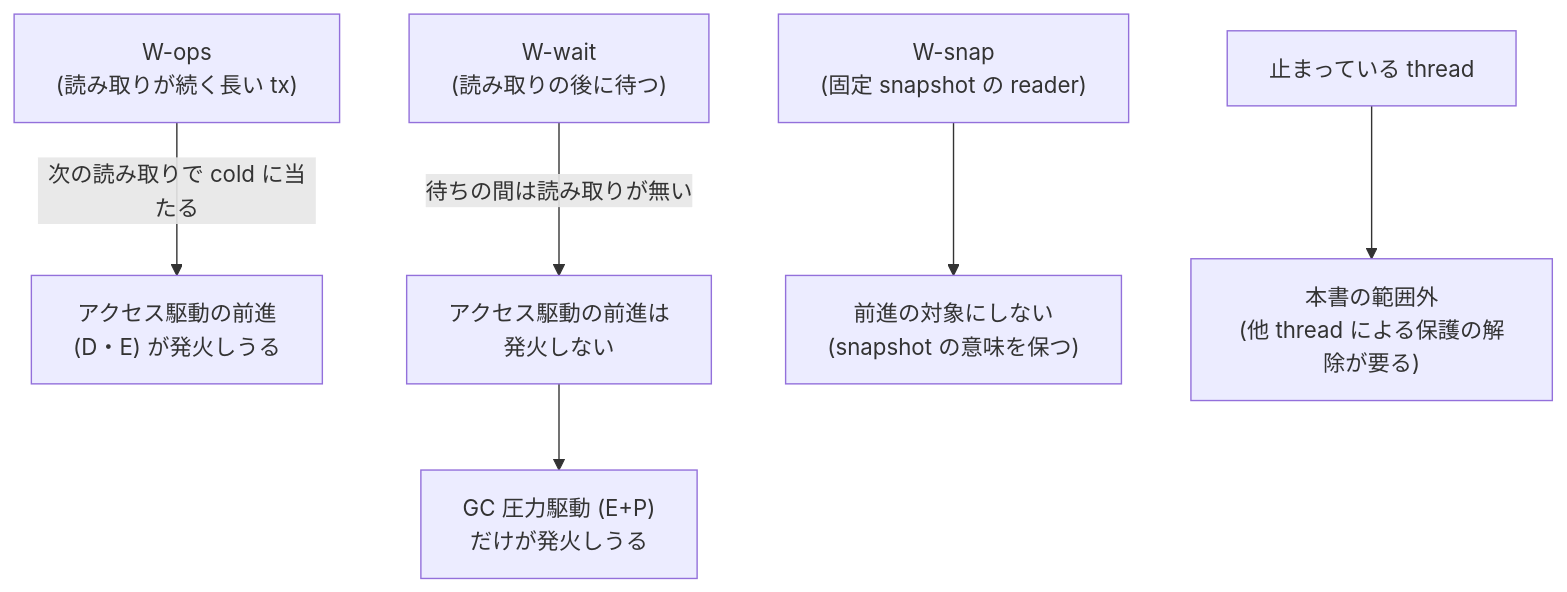
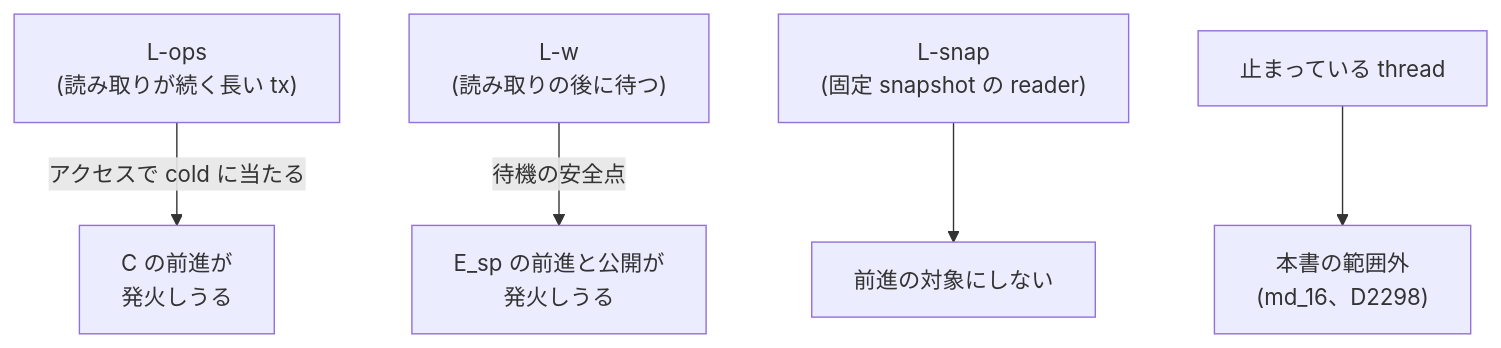
One commit to thawk105/izanagi changed the fifth of 5 diagrams in docs/vhash-evaluation-preregistration-draft.md. Above: the diagram before and after it, drawn with Mermaid. The commit also changed other lines of this file and 1 other file, not shown here.

````diff
--- a/docs/vhash-evaluation-preregistration-draft.md
+++ b/docs/vhash-evaluation-preregistration-draft.md
@@ -445,8 +551,7 @@
 ```mermaid
 flowchart TB
-  wops["W-ops<br/>(読み取りが続く長い tx)"] -->|"次の読み取りで cold に当たる"| acc["アクセス駆動の前進<br/>(D・E) が発火しうる"]
-  wwait["W-wait<br/>(読み取りの後に待つ)"] -->|"待ちの間は読み取りが無い"| none["アクセス駆動の前進は<br/>発火しない"]
-  none --> ep["GC 圧力駆動 (E+P)<br/>だけが発火しうる"]
-  wsnap["W-snap<br/>(固定 snapshot の reader)"] --> keep["前進の対象にしない<br/>(snapshot の意味を保つ)"]
-  stop["止まっている thread"] --> out["本書の範囲外<br/>(他 thread による保護の解除が要る)"]
+  wops["L-ops<br/>(読み取りが続く長い tx)"] -->|"アクセスで cold に当たる"| acc["C の前進が<br/>発火しうる"]
+  wwait["L-w<br/>(読み取りの後に待つ)"] -->|"待機の安全点"| sp["E_sp の前進と公開が<br/>発火しうる"]
+  wsnap["L-snap<br/>(固定 snapshot の reader)"] --> keep["前進の対象にしない"]
+  stop["止まっている thread"] --> out["本書の範囲外<br/>(md_16、D2298)"]
 ```
````
